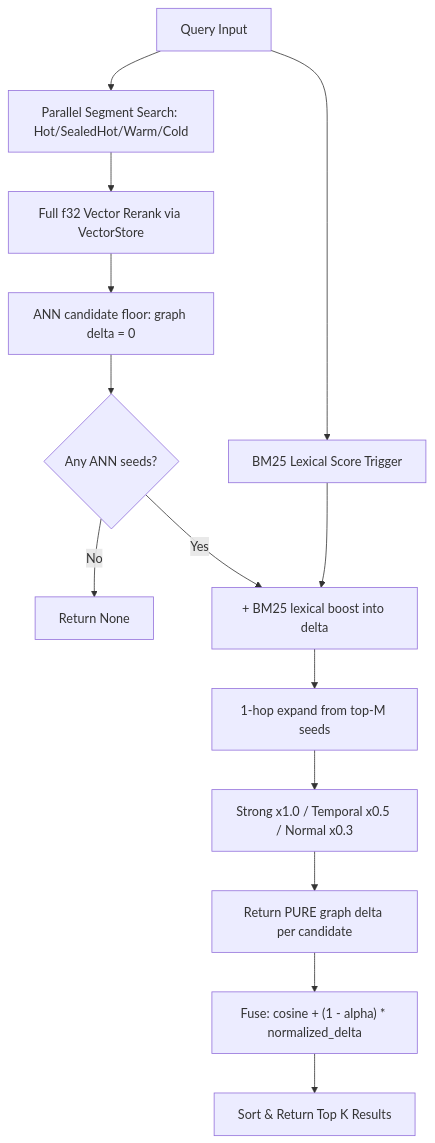
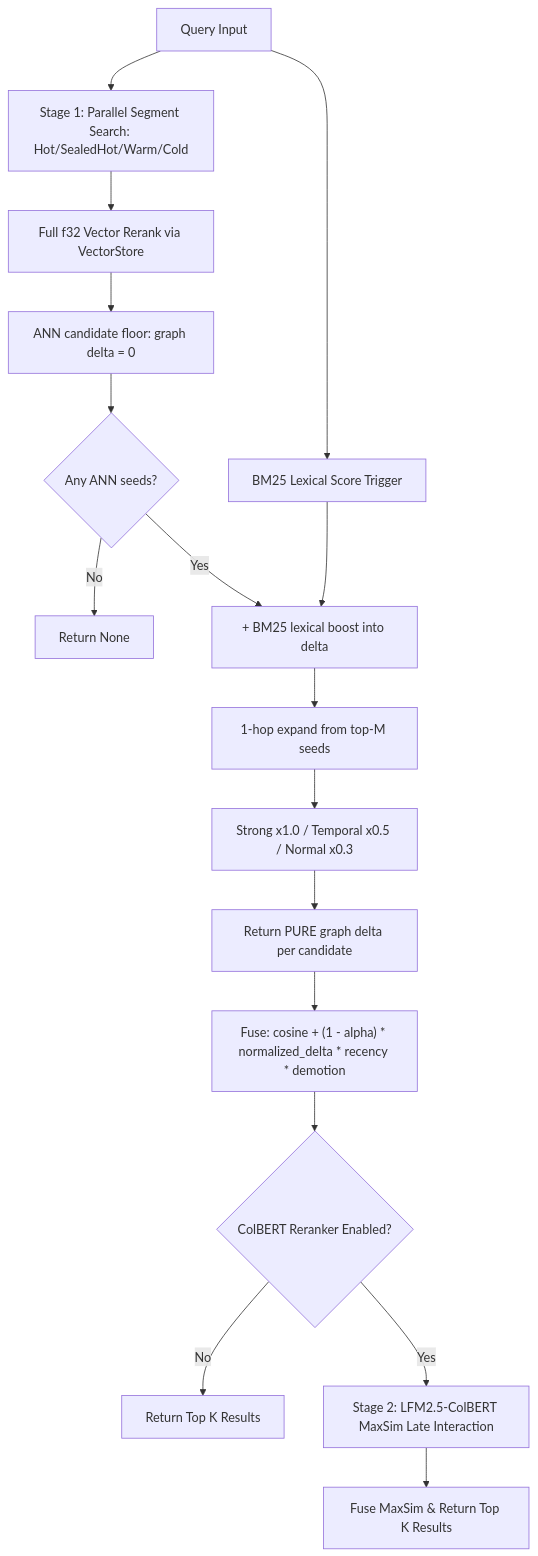
Before and after one commit to jatin711-debug/TurboSupermemory: the fourth of 6 diagrams in docs/architecture.md, drawn with Mermaid. The commit also changed other lines of this file and 2 other files, not shown here.

Commit message:
docs: comprehensive production release update with 3-tier TurboQuant, 2-stage ColBERT retrieval, and Python SDK guide

````diff
--- a/docs/architecture.md
+++ b/docs/architecture.md
@@ -106,16 +119,19 @@
 ```mermaid
 flowchart TD
-    Q["Query Input"] --> ANN["Parallel Segment Search: Hot/SealedHot/Warm/Cold"]
+    Q["Query Input"] --> ANN["Stage 1: Parallel Segment Search: Hot/SealedHot/Warm/Cold"]
     ANN --> Rerank["Full f32 Vector Rerank via VectorStore"]
     Rerank --> Floor["ANN candidate floor: graph delta = 0"]
     Q --> BM25["BM25 Lexical Score Trigger"]
     Floor --> Empty{"Any ANN seeds?"}
     Empty -- "No" --> ReturnNone["Return None"]
     Empty -- "Yes" --> Lexical["+ BM25 lexical boost into delta"]
     BM25 --> Lexical
     Lexical --> Expand["1-hop expand from top-M seeds"]
     Expand --> Pools["Strong x1.0 / Temporal x0.5 / Normal x0.3"]
     Pools --> Delta["Return PURE graph delta per candidate"]
-    Delta --> Fusion["Fuse: cosine + (1 - alpha) * normalized_delta"]
-    Fusion --> Sort["Sort & Return Top K Results"]
+    Delta --> Fusion["Fuse: cosine + (1 - alpha) * normalized_delta * recency * demotion"]
+    Fusion --> Stage2{"ColBERT Reranker Enabled?"}
+    Stage2 -- "No" --> TopK["Return Top K Results"]
+    Stage2 -- "Yes" --> ColBERT["Stage 2: LFM2.5-ColBERT MaxSim Late Interaction"]
+    ColBERT --> FinalSort["Fuse MaxSim & Return Top K Results"]
 ```
````
